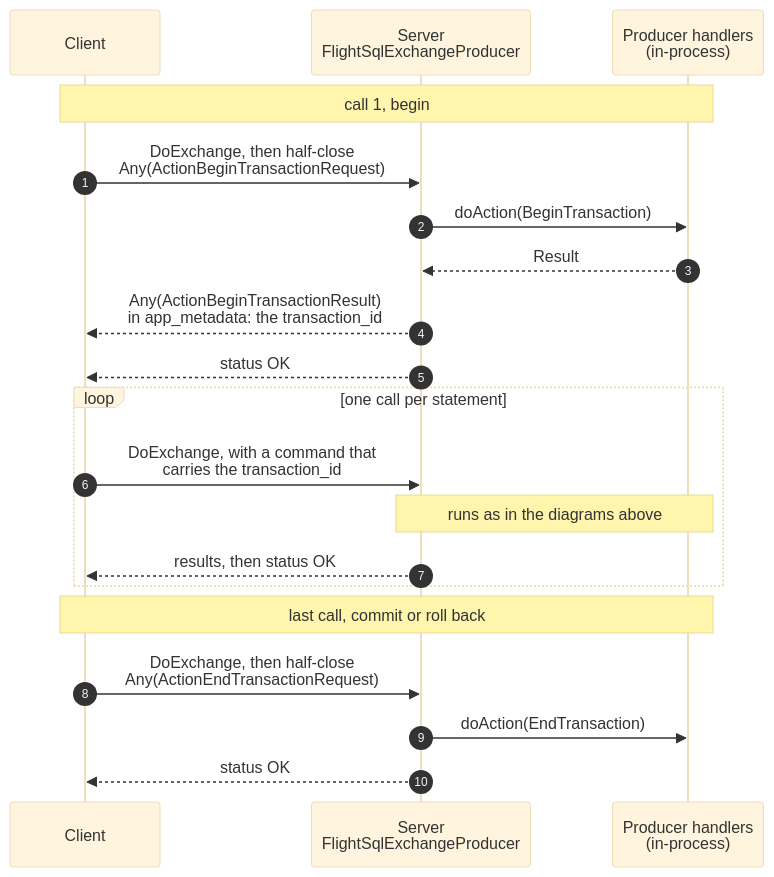
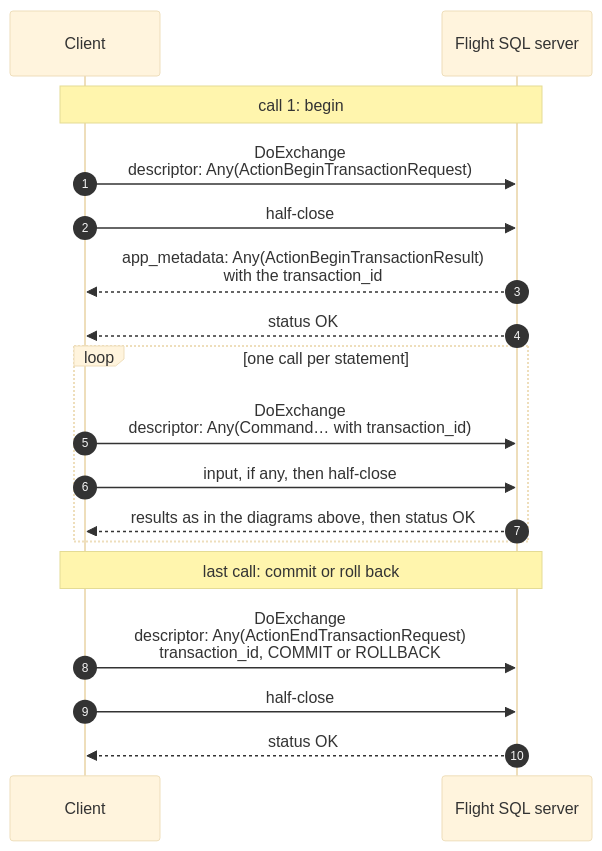
One commit to xborder/arrow-java changed the eighth of 11 diagrams in flight/flight-sql/flight-sql-over-doexchange.md. Above: the diagram before and after it, drawn with Mermaid (base theme). The commit also changed other lines of this file, not shown here.

First line of the commit message:
[FlightSQL] Rework the DoExchange notes into a protocol proposal

````diff
--- a/flight/flight-sql/flight-sql-over-doexchange.md
+++ b/flight/flight-sql/flight-sql-over-doexchange.md
@@ -340,22 +427,20 @@
 ```mermaid
 sequenceDiagram
     autonumber
     participant C as Client
-    participant S as Server<br/>FlightSqlExchangeProducer
-    participant P as Producer handlers<br/>(in-process)
-    Note over C,P: call 1, begin
-    C->>S: DoExchange, then half-close<br/>Any(ActionBeginTransactionRequest)
-    S->>P: doAction(BeginTransaction)
-    P-->>S: Result
-    S-->>C: Any(ActionBeginTransactionResult)<br/>in app_metadata: the transaction_id
+    participant S as Flight SQL server
+    Note over C,S: call 1: begin
+    C->>S: DoExchange<br/>descriptor: Any(ActionBeginTransactionRequest)
+    C->>S: half-close
+    S-->>C: app_metadata: Any(ActionBeginTransactionResult)<br/>with the transaction_id
     S-->>C: status OK
     loop one call per statement
-        C->>S: DoExchange, with a command that<br/>carries the transaction_id
-        Note over S,P: runs as in the diagrams above
-        S-->>C: results, then status OK
+        C->>S: DoExchange<br/>descriptor: Any(Command… with transaction_id)
+        C->>S: input, if any, then half-close
+        S-->>C: results as in the diagrams above, then status OK
     end
-    Note over C,P: last call, commit or roll back
-    C->>S: DoExchange, then half-close<br/>Any(ActionEndTransactionRequest)
-    S->>P: doAction(EndTransaction)
+    Note over C,S: last call: commit or roll back
+    C->>S: DoExchange<br/>descriptor: Any(ActionEndTransactionRequest)<br/>transaction_id, COMMIT or ROLLBACK
+    C->>S: half-close
     S-->>C: status OK
 ```
````
